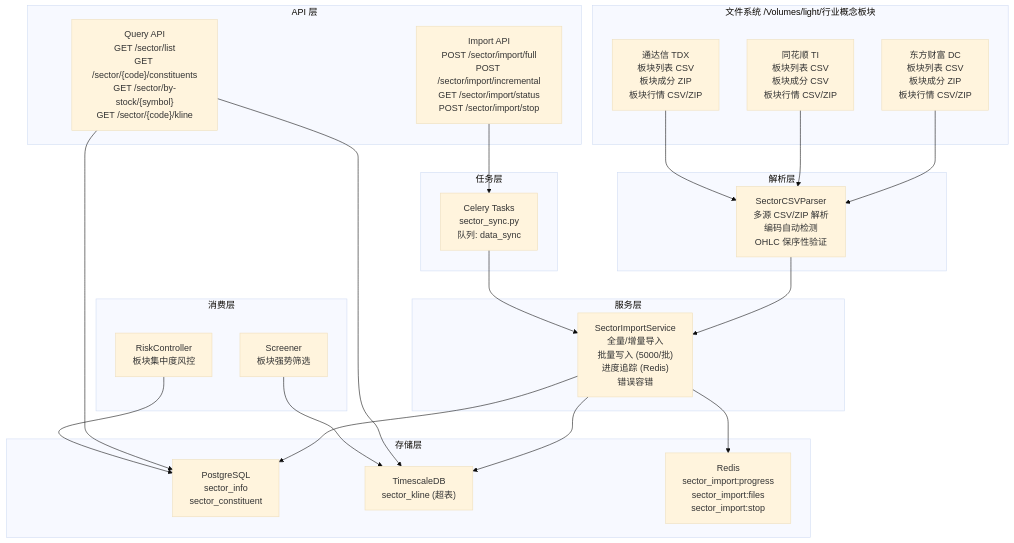
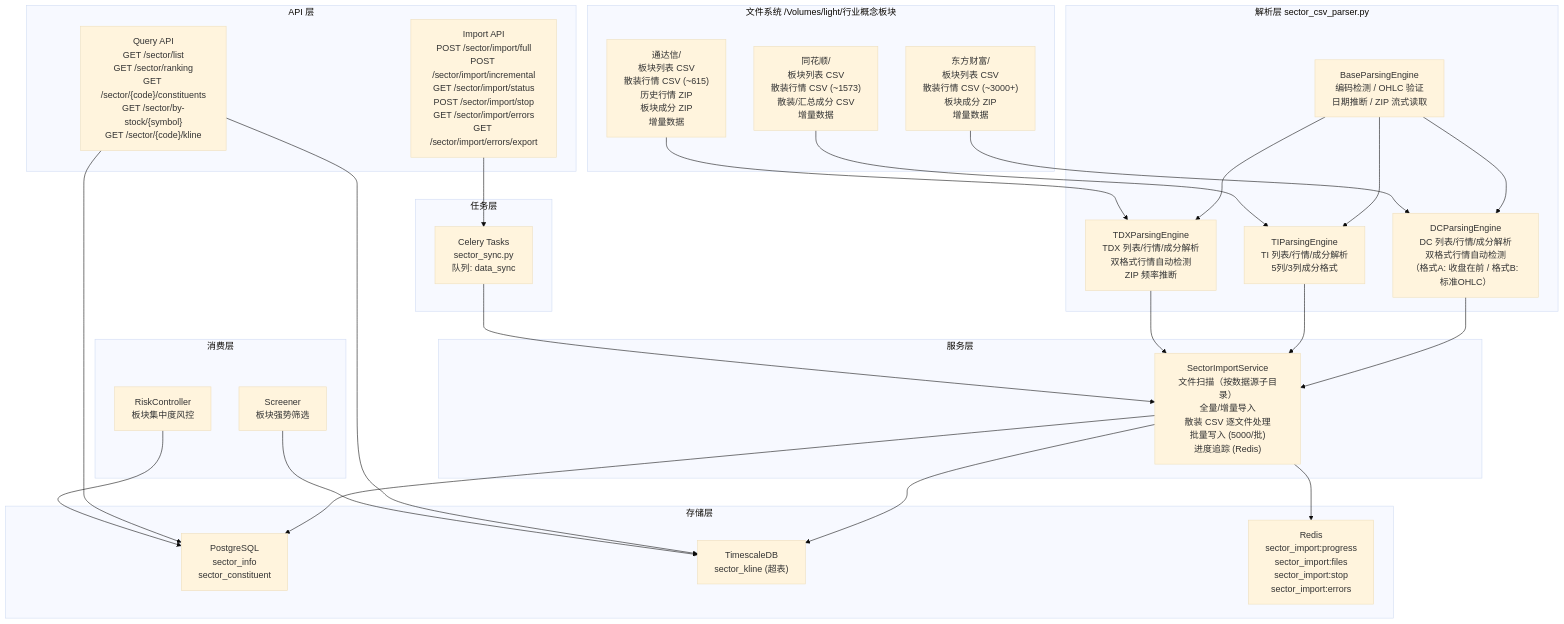
The first of 2 diagrams in .kiro/specs/sector-data-import/design.md (xdengpao/PoperRight), drawn with Mermaid (base theme) before and after one commit. The commit also changed other lines of this file and 43 other files, not shown here.

````diff
--- a/.kiro/specs/sector-data-import/design.md
+++ b/.kiro/specs/sector-data-import/design.md
@@ -16,50 +35,58 @@
 ```mermaid
 graph TB
     subgraph "文件系统 /Volumes/light/行业概念板块"
-        FS_DC["东方财富 DC<br/>板块列表 CSV<br/>板块成分 ZIP<br/>板块行情 CSV/ZIP"]
-        FS_TI["同花顺 TI<br/>板块列表 CSV<br/>板块成分 CSV<br/>板块行情 CSV/ZIP"]
-        FS_TDX["通达信 TDX<br/>板块列表 CSV<br/>板块成分 ZIP<br/>板块行情 CSV/ZIP"]
+        FS_DC["东方财富/<br/>板块列表 CSV<br/>散装行情 CSV (~3000+)<br/>板块成分 ZIP<br/>增量数据"]
+        FS_TI["同花顺/<br/>板块列表 CSV<br/>散装行情 CSV (~1573)<br/>散装/汇总成分 CSV<br/>增量数据"]
+        FS_TDX["通达信/<br/>板块列表 CSV<br/>散装行情 CSV (~615)<br/>历史行情 ZIP<br/>板块成分 ZIP<br/>增量数据"]
     end
 
-    subgraph "解析层"
-        Parser["SectorCSVParser<br/>多源 CSV/ZIP 解析<br/>编码自动检测<br/>OHLC 保序性验证"]
+    subgraph "解析层 sector_csv_parser.py"
+        Base["BaseParsingEngine<br/>编码检测 / OHLC 验证<br/>日期推断 / ZIP 流式读取"]
+        DC["DCParsingEngine<br/>DC 列表/行情/成分解析<br/>双格式行情自动检测<br/>（格式A: 收盘在前 / 格式B: 标准OHLC）"]
+        TI["TIParsingEngine<br/>TI 列表/行情/成分解析<br/>5列/3列成分格式"]
+        TDX["TDXParsingEngine<br/>TDX 列表/行情/成分解析<br/>双格式行情自动检测<br/>ZIP 频率推断"]
+        Base --> DC
+        Base --> TI
+        Base --> TDX
     end
 
     subgraph "服务层"
-        ImportSvc["SectorImportService<br/>全量/增量导入<br/>批量写入 (5000/批)<br/>进度追踪 (Redis)<br/>错误容错"]
+        ImportSvc["SectorImportService<br/>文件扫描（按数据源子目录）<br/>全量/增量导入<br/>散装 CSV 逐文件处理<br/>批量写入 (5000/批)<br/>进度追踪 (Redis)"]
     end
 
     subgraph "任务层"
         CeleryTask["Celery Tasks<br/>sector_sync.py<br/>队列: data_sync"]
     end
 
     subgraph "API 层"
-        ImportAPI["Import API<br/>POST /sector/import/full<br/>POST /sector/import/incremental<br/>GET /sector/import/status<br/>POST /sector/import/stop"]
-        QueryAPI["Query API<br/>GET /sector/list<br/>GET /sector/{code}/constituents<br/>GET /sector/by-stock/{symbol}<br/>GET /sector/{code}/kline"]
+        ImportAPI["Import API<br/>POST /sector/import/full<br/>POST /sector/import/incremental<br/>GET /sector/import/status<br/>POST /sector/import/stop<br/>GET /sector/import/errors<br/>GET /sector/import/errors/export"]
+        QueryAPI["Query API<br/>GET /sector/list<br/>GET /sector/ranking<br/>GET /sector/{code}/constituents<br/>GET /sector/by-stock/{symbol}<br/>GET /sector/{code}/kline"]
     end
 
     subgraph "存储层"
         PG["PostgreSQL<br/>sector_info<br/>sector_constituent"]
         TS["TimescaleDB<br/>sector_kline (超表)"]
-        Redis["Redis<br/>sector_import:progress<br/>sector_import:files<br/>sector_import:stop"]
+        Redis["Redis<br/>sector_import:progress<br/>sector_import:files<br/>sector_import:stop<br/>sector_import:errors"]
     end
 
     subgraph "消费层"
         Risk["RiskController<br/>板块集中度风控"]
         Screen["Screener<br/>板块强势筛选"]
     end
 
-    FS_DC --> Parser
-    FS_TI --> Parser
-    FS_TDX --> Parser
-    Parser --> ImportSvc
+    FS_DC --> DC
+    FS_TI --> TI
+    FS_TDX --> TDX
+    DC --> ImportSvc
+    TI --> ImportSvc
+    TDX --> ImportSvc
     ImportSvc --> PG
     ImportSvc --> TS
     ImportSvc --> Redis
     CeleryTask --> ImportSvc
     ImportAPI --> CeleryTask
     QueryAPI --> PG
     QueryAPI --> TS
     Risk --> PG
     Screen --> TS
 ```
````
